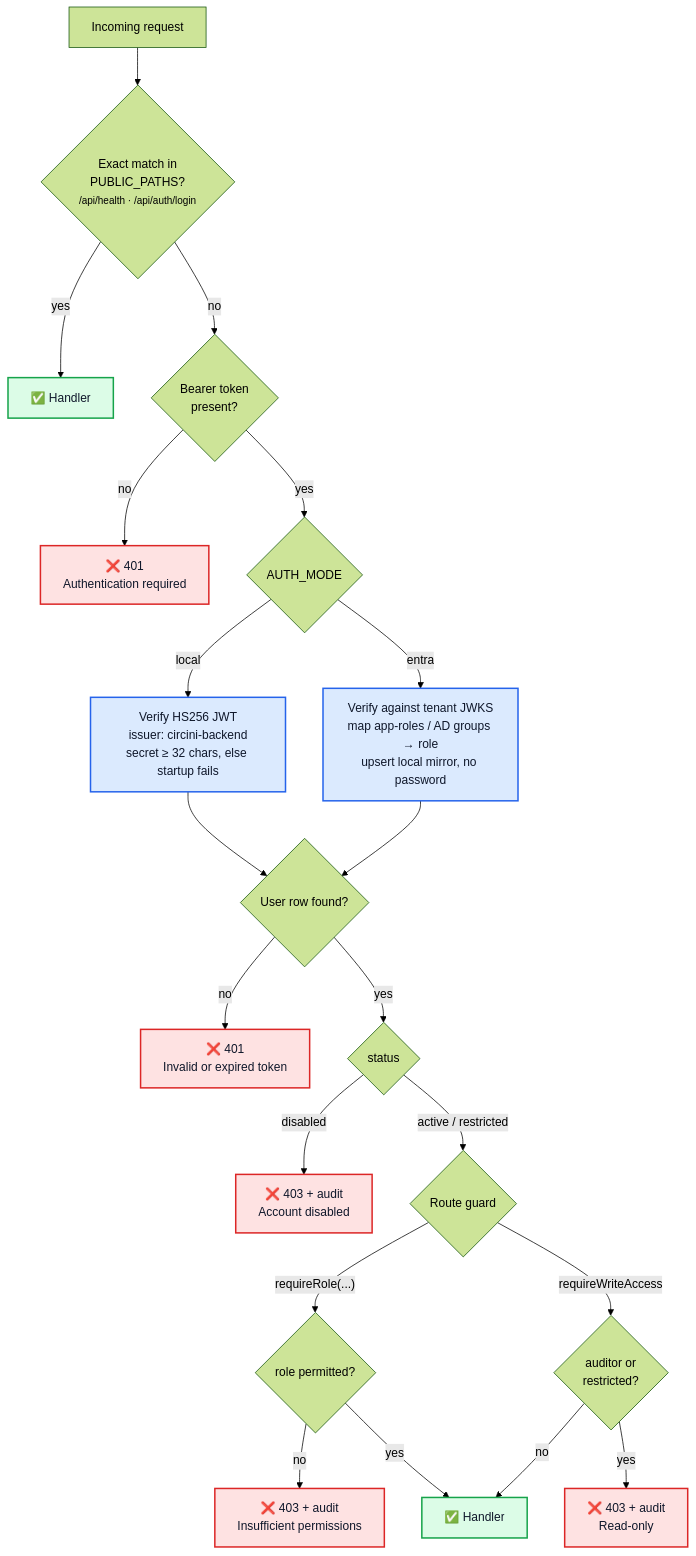
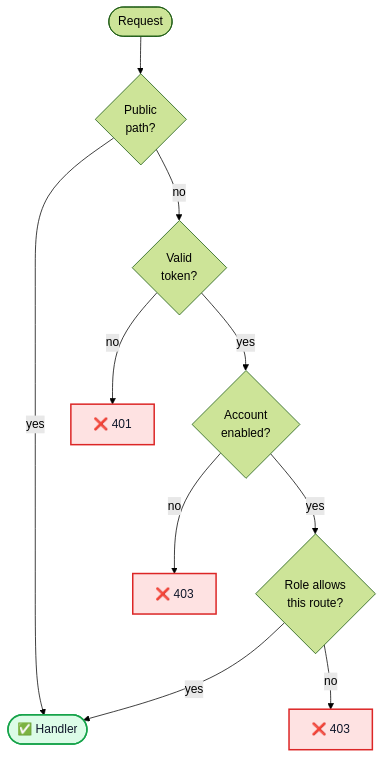
The second of 4 diagrams in README.md (shankasf/small_migration), drawn with Mermaid (forest theme) before and after one commit. The commit also changed other lines of this file, not shown here.

Commit message:
docs: Simplify the auth/authz diagram to four gates
The flowchart had branched on AUTH_MODE and on which route guard applied,
producing five denial nodes and crossing edges that obscured the actual
model. It now shows the four sequential gates every request passes —
public path, valid token, account enabled, role allows route — with the
per-gate detail moved into a table underneath, which scans better than
diagram nodes.

No behaviour change; the described model is unchanged.

````diff
--- a/README.md
+++ b/README.md
@@ -79,33 +81,18 @@
 ```mermaid
 flowchart TD
-    R["Incoming request"] --> PUB{"Exact match in<br/>PUBLIC_PATHS?<br/><small>/api/health · /api/auth/login</small>"}
-    PUB -- yes --> OK1["✅ Handler"]
-    PUB -- no --> TOK{"Bearer token<br/>present?"}
-    TOK -- no --> D1["❌ 401<br/>Authentication required"]
-    TOK -- yes --> MODE{"AUTH_MODE"}
+    R(["Request"]) --> P{"Public<br/>path?"}
+    P -- no --> T{"Valid<br/>token?"}
+    T -- yes --> A{"Account<br/>enabled?"}
+    A -- yes --> G{"Role allows<br/>this route?"}
+    G -- yes --> OK(["✅ Handler"])
+    P -- yes --> OK
 
-    MODE -- local --> JWT["Verify HS256 JWT<br/>issuer: circini-backend<br/>secret ≥ 32 chars, else startup fails"]
-    MODE -- entra --> EJWT["Verify against tenant JWKS<br/>map app-roles / AD groups → role<br/>upsert local mirror, no password"]
-
-    JWT --> USR{"User row found?"}
-    EJWT --> USR
-    USR -- no --> D2["❌ 401<br/>Invalid or expired token"]
-    USR -- yes --> ST{"status"}
-    ST -- disabled --> D3["❌ 403 + audit<br/>Account disabled"]
-    ST -- "active / restricted" --> ROLE{"Route guard"}
-
-    ROLE -- "requireRole(...)" --> RR{"role permitted?"}
-    RR -- no --> D4["❌ 403 + audit<br/>Insufficient permissions"]
-    RR -- yes --> OK2["✅ Handler"]
-
-    ROLE -- requireWriteAccess --> WA{"auditor or<br/>restricted?"}
-    WA -- yes --> D5["❌ 403 + audit<br/>Read-only"]
-    WA -- no --> OK2
+    T -- no --> D1["❌ 401"]
+    A -- no --> D2["❌ 403"]
+    G -- no --> D3["❌ 403"]
 
     classDef ok fill:#dcfce7,stroke:#16a34a,stroke-width:2px,color:#0f172a
     classDef deny fill:#fee2e2,stroke:#dc2626,stroke-width:2px,color:#0f172a
-    classDef check fill:#dbeafe,stroke:#2563eb,stroke-width:2px,color:#0f172a
-    class OK1,OK2 ok
-    class D1,D2,D3,D4,D5 deny
-    class JWT,EJWT check
+    class OK ok
+    class D1,D2,D3 deny
 ```
````
